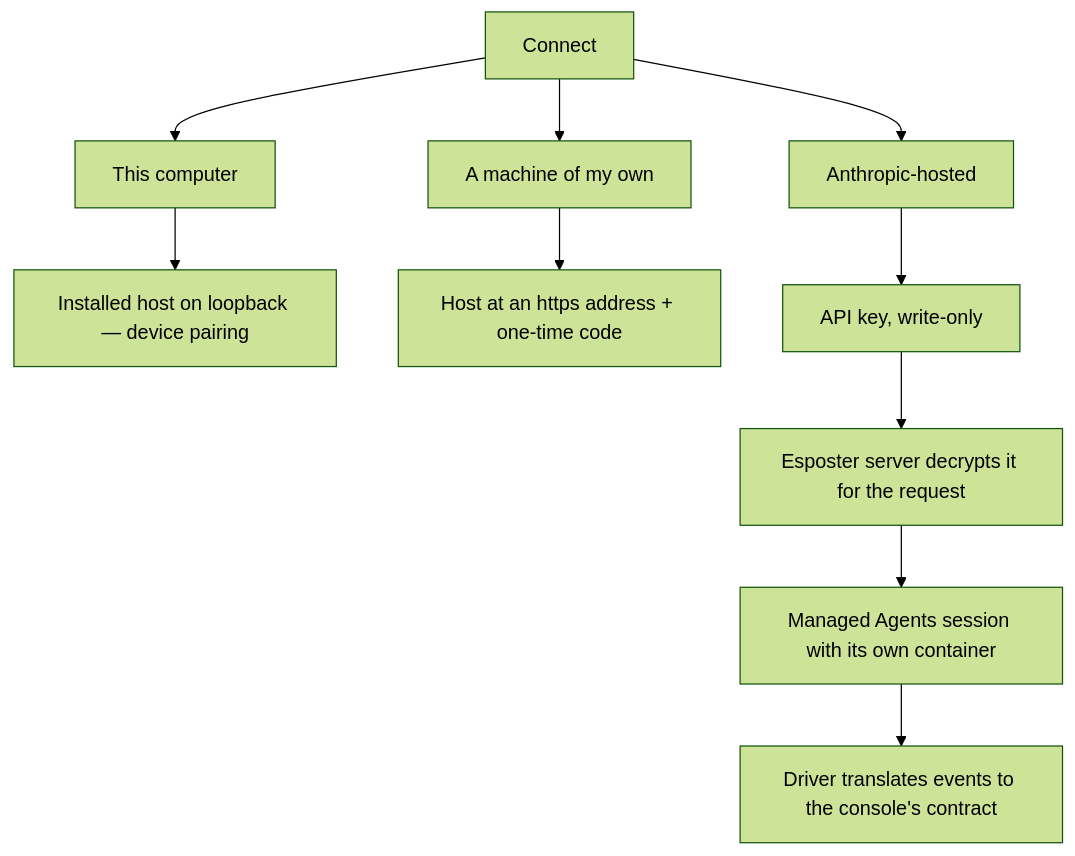
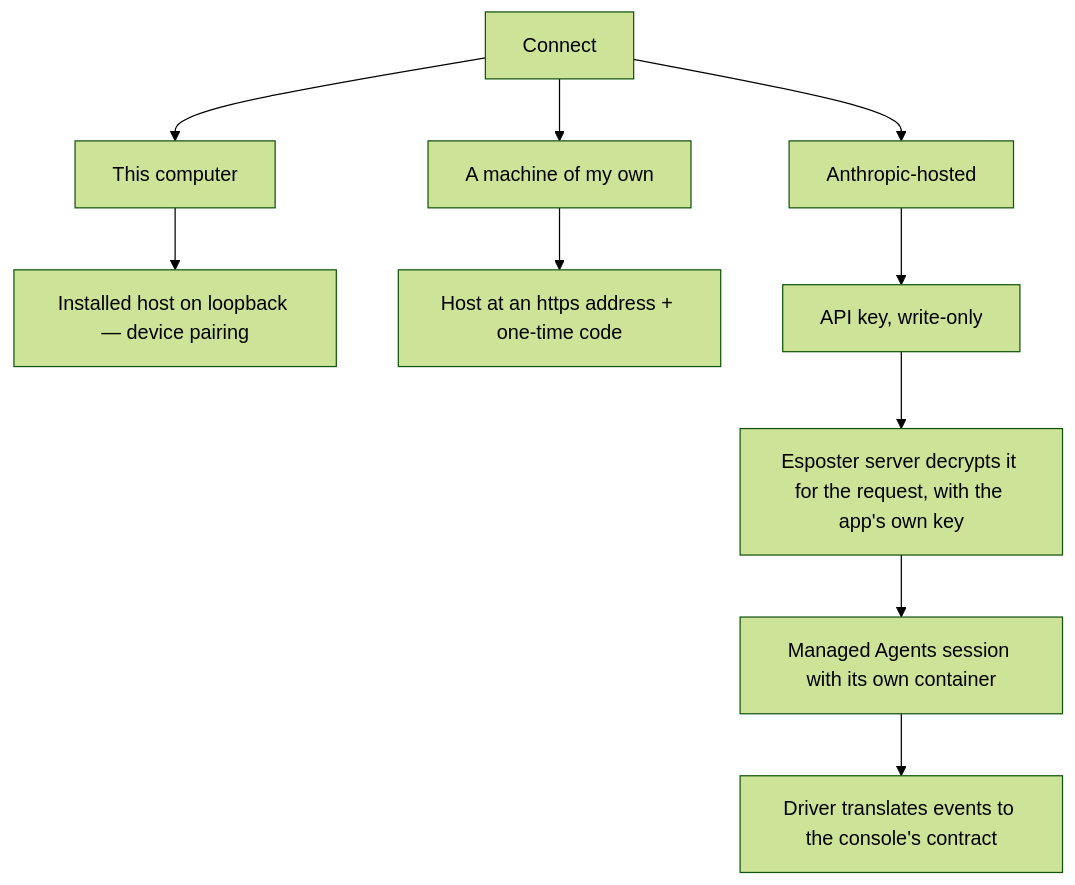
The diagram in apps/web/content/docs/proposals/infra/agent-console/remote-connections.md (Esposter/Esposter), drawn with Mermaid (forest theme) before and after one commit. The commit also changed other lines of this file and 6 other files, not shown here.

````diff
--- a/apps/web/content/docs/proposals/infra/agent-console/remote-connections.md
+++ b/apps/web/content/docs/proposals/infra/agent-console/remote-connections.md
@@ -19,12 +19,12 @@
 ```mermaid
 flowchart TD
   C[Connect] --> L[This computer]
   C --> M[A machine of my own]
   C --> A[Anthropic-hosted]
   L --> LH[Installed host on loopback — device pairing]
   M --> MH["Host at an https address + one-time code"]
   A --> K[API key, write-only]
-  K --> S[Esposter server decrypts it for the request]
+  K --> S[Esposter server decrypts it for the request, with the app's own key]
   S --> MA[Managed Agents session with its own container]
   MA --> D[Driver translates events to the console's contract]
 ```
````
